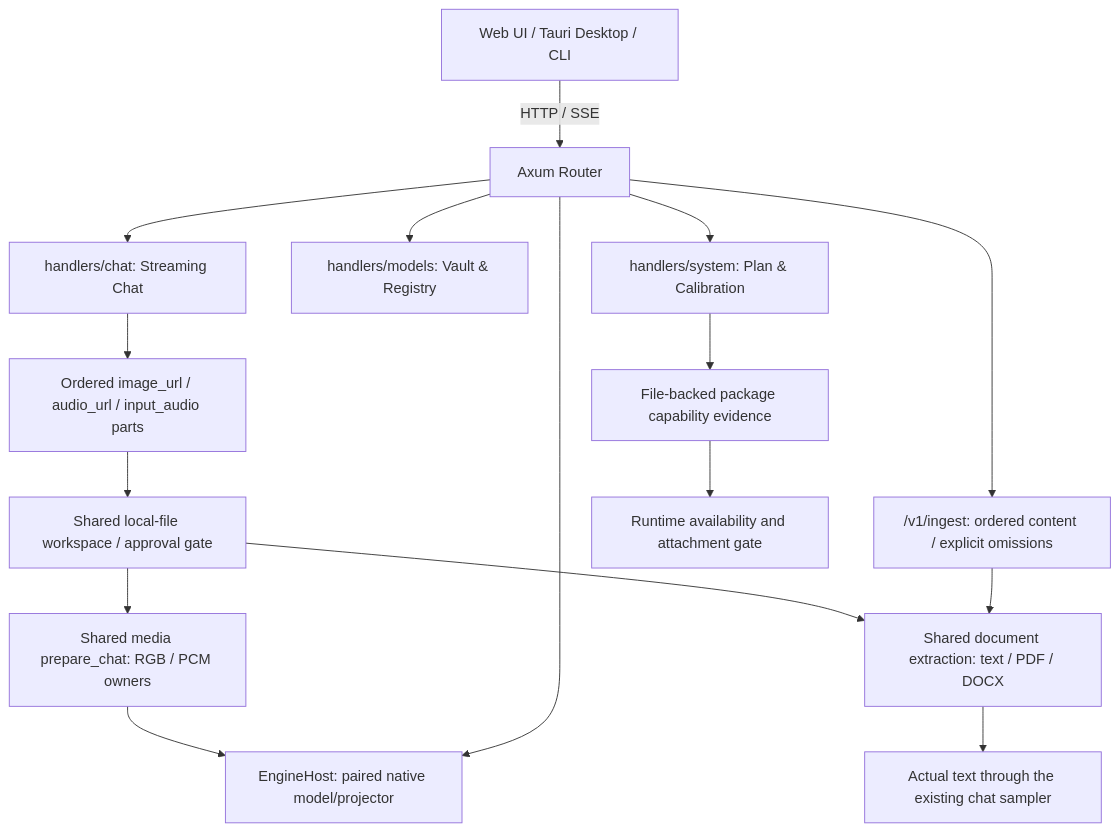
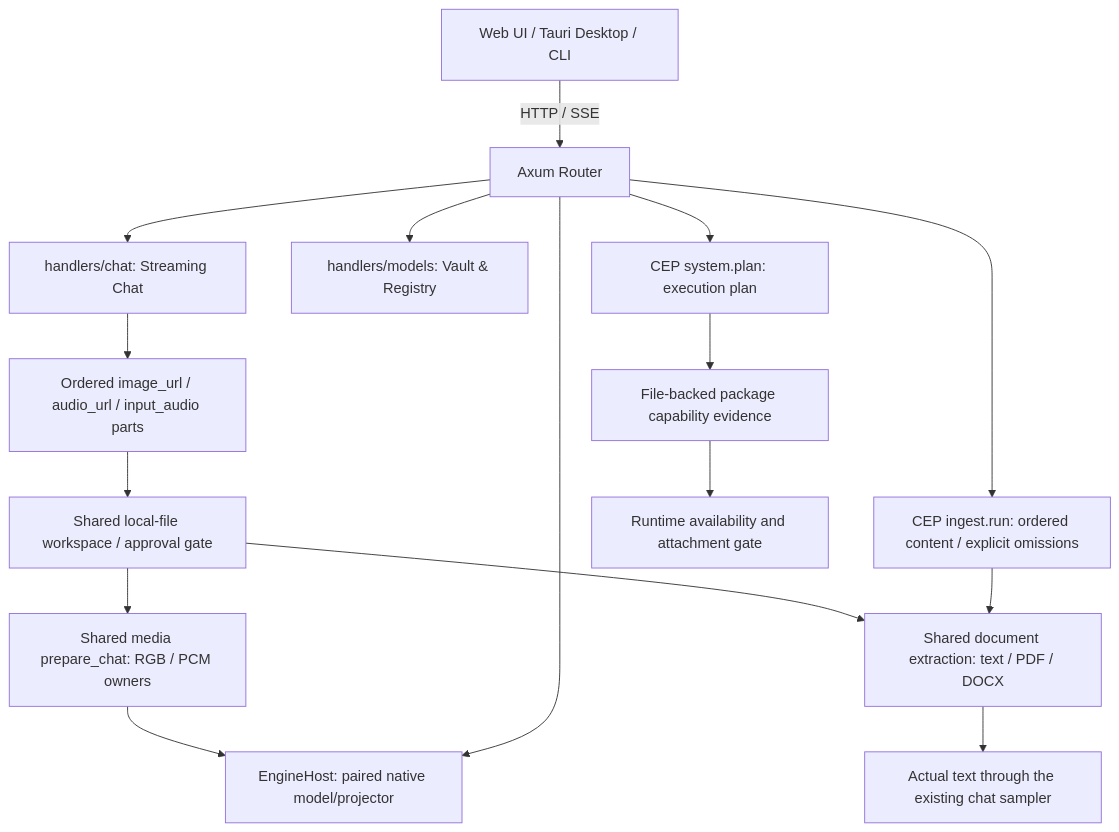
Before and after one commit to cluaiz/cluaiz: the second of 4 diagrams in api/README.md, drawn with Mermaid. The commit also changed other lines of this file and 86 other files, not shown here.

````diff
--- a/api/README.md
+++ b/api/README.md
@@ -252,18 +252,18 @@
 ```mermaid
 graph TD
     Client["Web UI / Tauri Desktop / CLI"] -->|HTTP / SSE| Router["Axum Router"]
     Router --> Chat["handlers/chat: Streaming Chat"]
     Chat --> Parts["Ordered image_url / audio_url / input_audio parts"]
     Parts --> Policy["Shared local-file workspace / approval gate"]
     Policy --> Decode["Shared media prepare_chat: RGB / PCM owners"]
     Decode --> Runtime["EngineHost: paired native model/projector"]
     Policy --> Documents["Shared document extraction: text / PDF / DOCX"]
     Documents --> Text["Actual text through the existing chat sampler"]
-    Router --> Ingest["/v1/ingest: ordered content / explicit omissions"]
+    Router --> Ingest["CEP ingest.run: ordered content / explicit omissions"]
     Ingest --> Documents
     Router --> Models["handlers/models: Vault & Registry"]
-    Router --> System["handlers/system: Plan & Calibration"]
+    Router --> System["CEP system.plan: execution plan"]
     Router --> Runtime
     System --> P["File-backed package capability evidence"]
     P --> Q["Runtime availability and attachment gate"]
 ```
````
